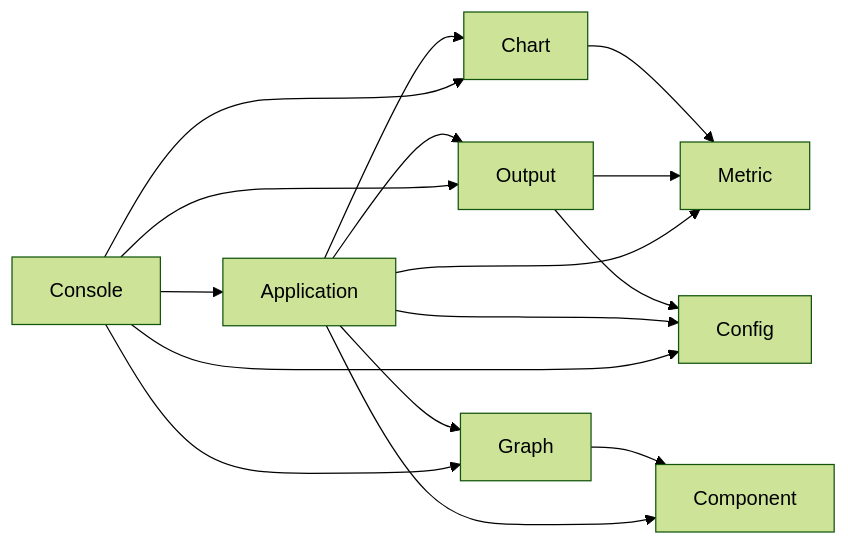
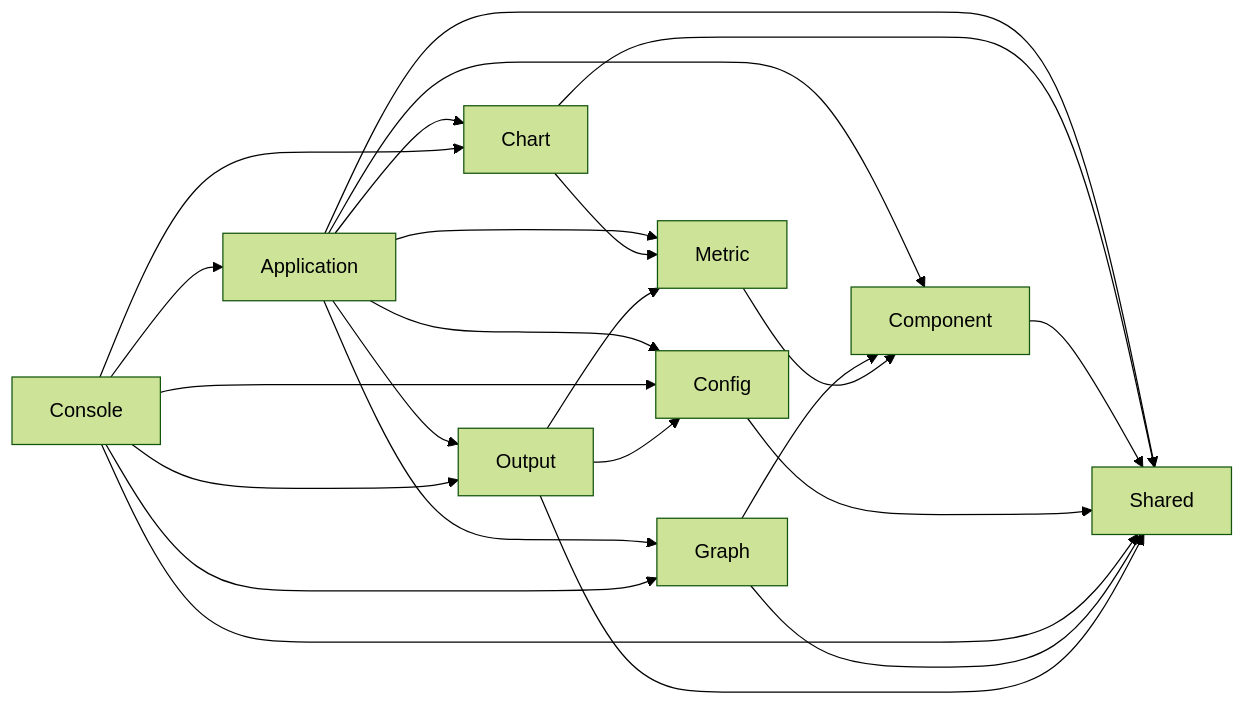
The diagram in README.md (jcvviljoen/php-stability-metrics), drawn with Mermaid (forest theme) before and after one commit. The commit also changed other lines of this file, not shown here.

First line of the commit message:
Refresh the README dependency graph, which had gone stale again

````diff
--- a/README.md
+++ b/README.md
@@ -93,26 +96,35 @@
 ```mermaid
 graph LR
+    Application
     Chart
     Component
     Config
+    Console
     node_Graph["Graph"]
     Metric
     Output
-    Application
-    Console
-    Chart --> Metric
-    node_Graph --> Component
-    Output --> Config
-    Output --> Metric
+    Shared
     Application --> Chart
     Application --> Component
     Application --> Config
     Application --> node_Graph
     Application --> Metric
     Application --> Output
+    Application --> Shared
+    Chart --> Metric
+    Chart --> Shared
+    Component --> Shared
+    Config --> Shared
+    Console --> Application
     Console --> Chart
     Console --> Config
     Console --> node_Graph
     Console --> Output
-    Console --> Application
+    Console --> Shared
+    node_Graph --> Component
+    node_Graph --> Shared
+    Metric --> Component
+    Output --> Config
+    Output --> Metric
+    Output --> Shared
 ```
````
